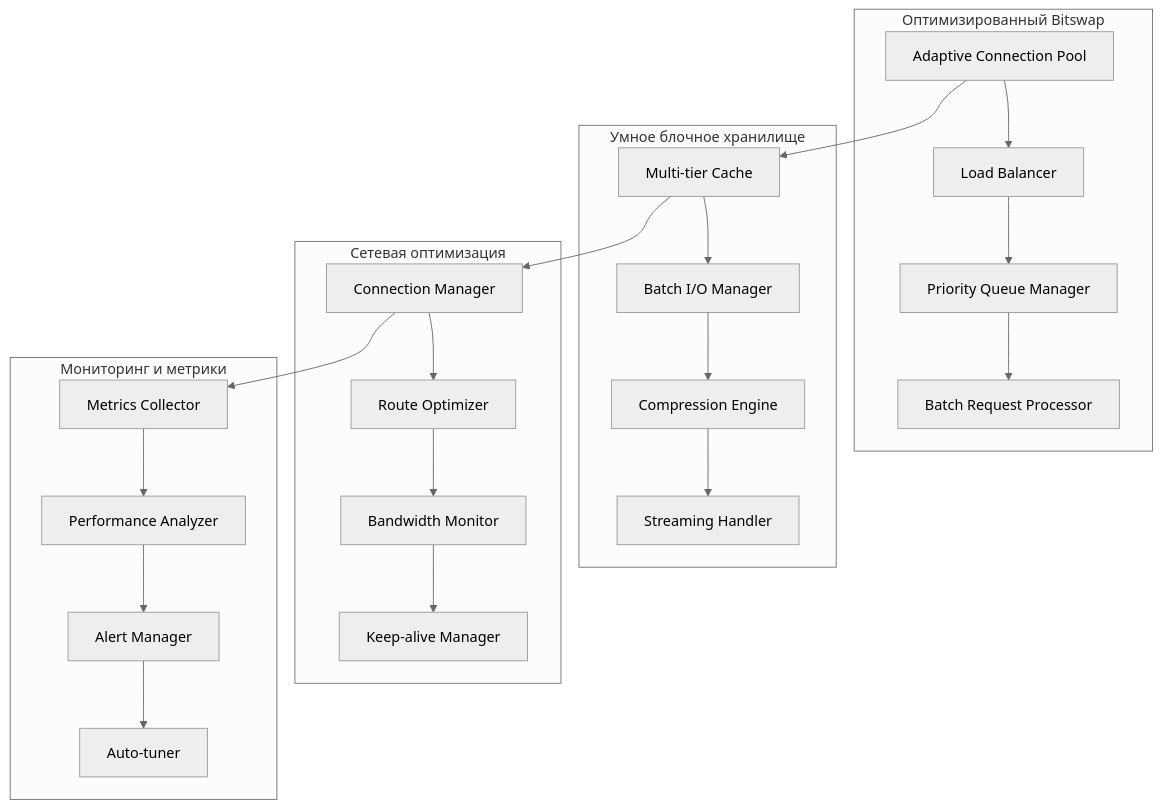
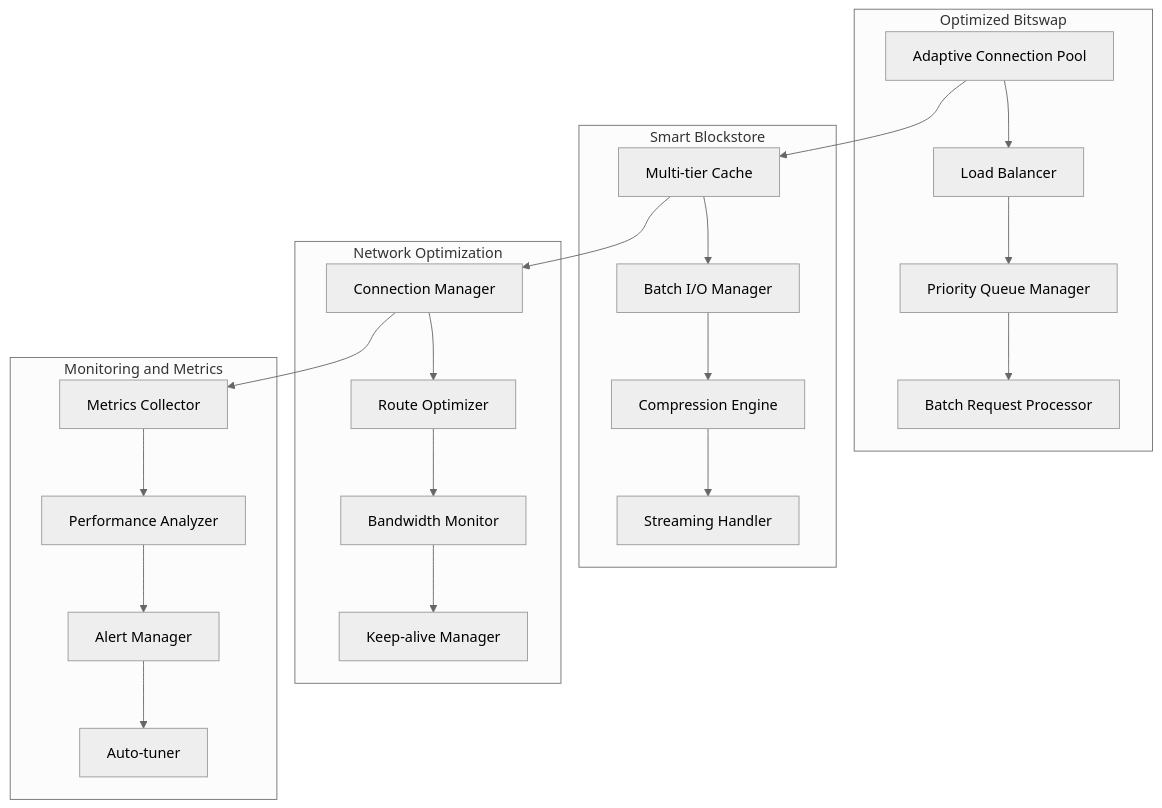
The diagram in .kiro/specs/boxo-high-load-optimization/design.md (Tsiolkovskiy/boxo2), drawn with Mermaid (neutral theme) before and after one commit. The commit also changed other lines of this file and 4 other files, not shown here.

````diff
--- a/.kiro/specs/boxo-high-load-optimization/design.md
+++ b/.kiro/specs/boxo-high-load-optimization/design.md
@@ -19,30 +19,30 @@
 ```mermaid
 graph TB
-    subgraph "Оптимизированный Bitswap"
+    subgraph "Optimized Bitswap"
         A[Adaptive Connection Pool] --> B[Load Balancer]
         B --> C[Priority Queue Manager]
         C --> D[Batch Request Processor]
     end
     
-    subgraph "Умное блочное хранилище"
+    subgraph "Smart Blockstore"
         E[Multi-tier Cache] --> F[Batch I/O Manager]
         F --> G[Compression Engine]
         G --> H[Streaming Handler]
     end
     
-    subgraph "Сетевая оптимизация"
+    subgraph "Network Optimization"
         I[Connection Manager] --> J[Route Optimizer]
         J --> K[Bandwidth Monitor]
         K --> L[Keep-alive Manager]
     end
     
-    subgraph "Мониторинг и метрики"
+    subgraph "Monitoring and Metrics"
         M[Metrics Collector] --> N[Performance Analyzer]
         N --> O[Alert Manager]
         O --> P[Auto-tuner]
     end
     
     A --> E
     E --> I
     I --> M
 ```
````
